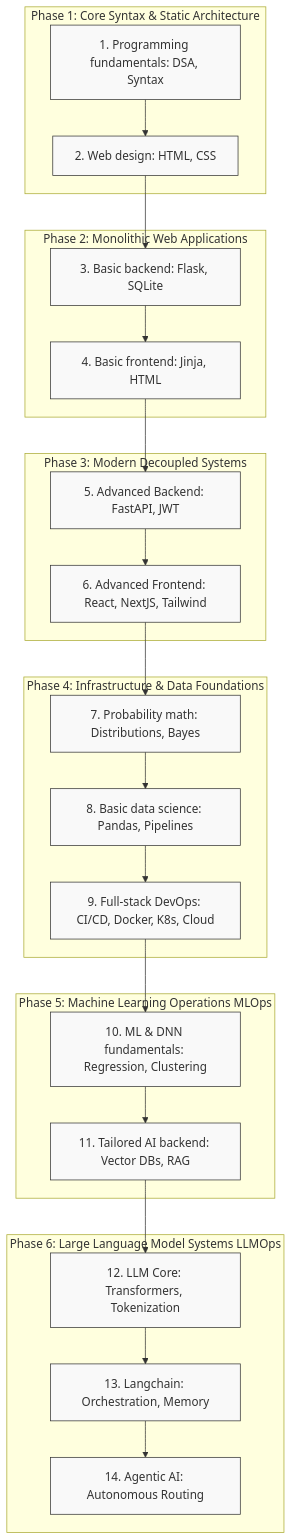
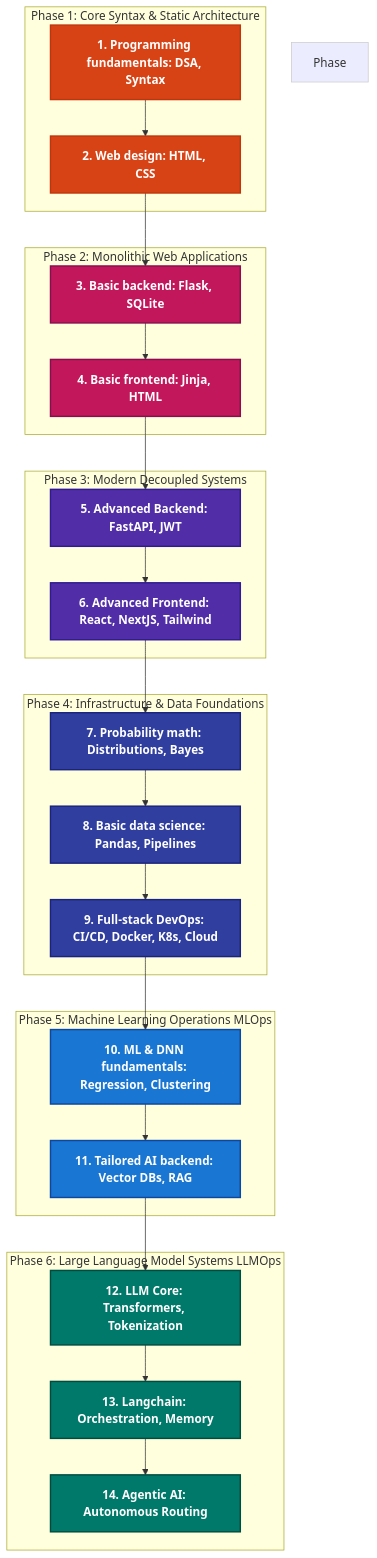
One commit to UniverseScripts/full-stack-ai-engineer-roadmap changed the diagram in flowchart_structure.md. Above: the diagram before and after it, drawn with Mermaid.

Commit message:
Add vibrant color definitions and styles to flowchart

````diff
--- a/flowchart_structure.md
+++ b/flowchart_structure.md
@@ -3,38 +3,63 @@
 ```mermaid
 flowchart TD
     subgraph Phase 1: Core Syntax & Static Architecture
         A1[1. Programming fundamentals: DSA, Syntax] --> A2[2. Web design: HTML, CSS]
     end
 
     subgraph Phase 2: Monolithic Web Applications
         A2 --> B1[3. Basic backend: Flask, SQLite]
         B1 --> B2[4. Basic frontend: Jinja, HTML]
     end
 
     subgraph Phase 3: Modern Decoupled Systems
         B2 --> C1[5. Advanced Backend: FastAPI, JWT]
         C1 --> C2[6. Advanced Frontend: React, NextJS, Tailwind]
     end
 
     subgraph Phase 4: Infrastructure & Data Foundations
         C2 --> D1[7. Probability math: Distributions, Bayes]
         D1 --> D2[8. Basic data science: Pandas, Pipelines]
         D2 --> D3[9. Full-stack DevOps: CI/CD, Docker, K8s, Cloud]
     end
 
     subgraph Phase 5: Machine Learning Operations MLOps
         D3 --> E1[10. ML & DNN fundamentals: Regression, Clustering]
         E1 --> E2[11. Tailored AI backend: Vector DBs, RAG]
     end
 
     subgraph Phase 6: Large Language Model Systems LLMOps
         E2 --> F1[12. LLM Core: Transformers, Tokenization]
         F1 --> F2[13. Langchain: Orchestration, Memory]
         F2 --> F3[14. Agentic AI: Autonomous Routing]
     end
 
-    %% Styling for visual distinction
-    classDef default fill:#f9f9f9,stroke:#333,stroke-width:1px;
-    classDef phase fill:#e1f5fe,stroke:#01579b,stroke-width:2px;
-    class A1,A2,B1,B2,C1,C2,D1,D2,D3,E1,E2,F1,F2,F3 default;
+    %% VIBRANT COLOR DEFINITIONS
+    %% P1: Red Orange
+    classDef p1 fill:#d84315,stroke:#bf360c,stroke-width:2px,color:#fff,font-weight:bold;
+    %% P2: Magenta
+    classDef p2 fill:#c2185b,stroke:#880e4f,stroke-width:2px,color:#fff,font-weight:bold;
+    %% P3: Deep Purple
+    classDef p3 fill:#512da8,stroke:#311b92,stroke-width:2px,color:#fff,font-weight:bold;
+    %% P4: Indigo
+    classDef p4 fill:#303f9f,stroke:#1a237e,stroke-width:2px,color:#fff,font-weight:bold;
+    %% P5: Blue
+    classDef p5 fill:#1976d2,stroke:#0d47a1,stroke-width:2px,color:#fff,font-weight:bold;
+    %% P6: Teal
+    classDef p6 fill:#00796b,stroke:#004d40,stroke-width:2px,color:#fff,font-weight:bold;
+
+    %% APPLY STYLES TO NODES
+    class A1,A2 p1;
+    class B1,B2 p2;
+    class C1,C2 p3;
+    class D1,D2,D3 p4;
+    class E1,E2 p5;
+    class F1,F2,F3 p6;
+    
+    %% SUBGRAPH BACKGROUND STYLING (Neutral gray to let nodes stand out)
+    style Phase 1 fill:#f5f5f5,stroke:#ccc,stroke-width:1px,color:#333
+    style Phase 2 fill:#f5f5f5,stroke:#ccc,stroke-width:1px,color:#333
+    style Phase 3 fill:#f5f5f5,stroke:#ccc,stroke-width:1px,color:#333
+    style Phase 4 fill:#f5f5f5,stroke:#ccc,stroke-width:1px,color:#333
+    style Phase 5 fill:#f5f5f5,stroke:#ccc,stroke-width:1px,color:#333
+    style Phase 6 fill:#f5f5f5,stroke:#ccc,stroke-width:1px,color:#333
 ```
````
